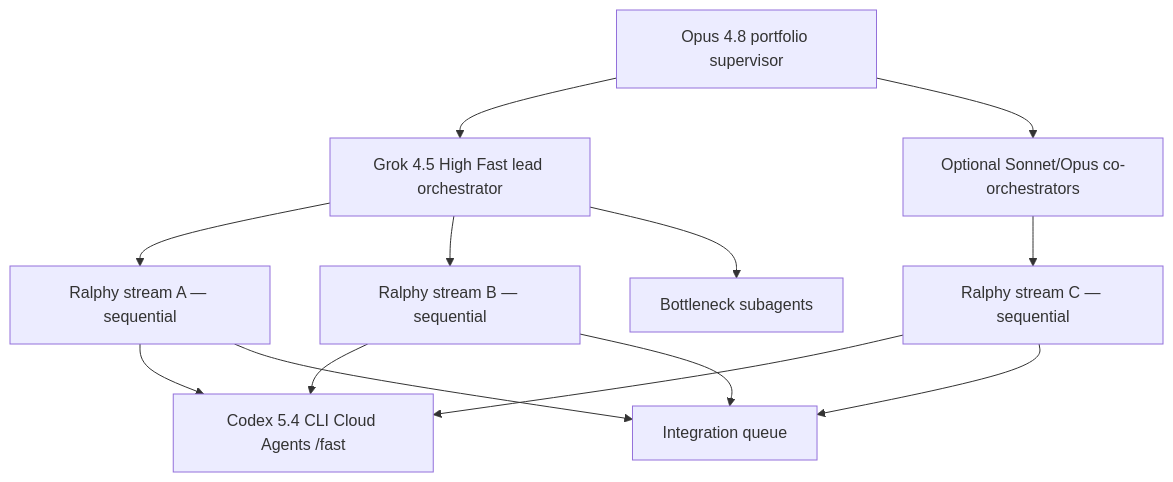
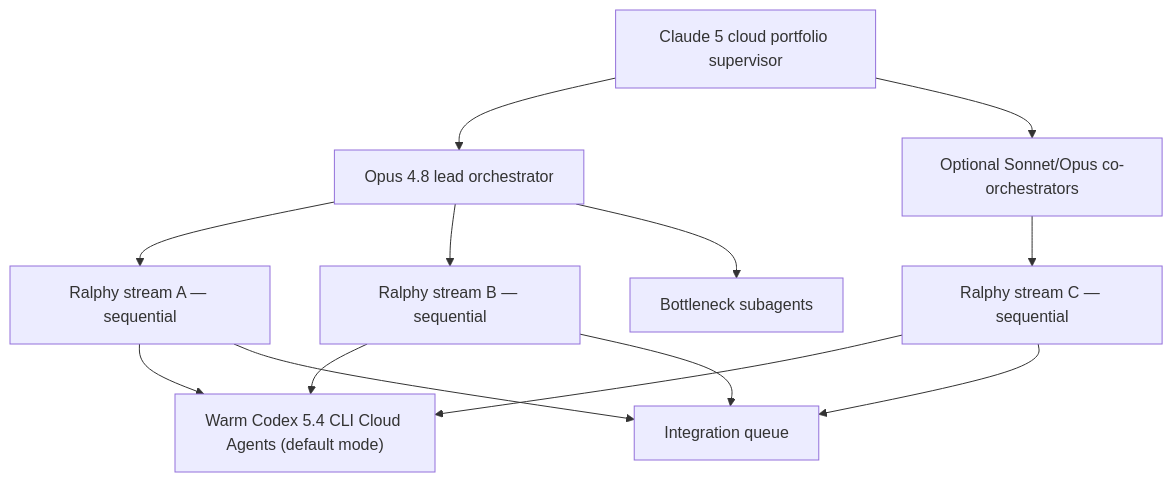
Before and after one commit to nathanielecon/ContinuityOps: the first of 2 diagrams in docs/planning/RALPHY_ORCHESTRATION.md, drawn with Mermaid. The commit also changed other lines of this file and 4 other files, not shown here.

````diff
--- a/docs/planning/RALPHY_ORCHESTRATION.md
+++ b/docs/planning/RALPHY_ORCHESTRATION.md
@@ -48,15 +48,15 @@
 ```mermaid
 flowchart TD
-    O["Opus 4.8 portfolio supervisor"] --> L["Grok 4.5 High Fast lead orchestrator"]
+    O["Claude 5 cloud portfolio supervisor"] --> L["Opus 4.8 lead orchestrator"]
     O --> C["Optional Sonnet/Opus co-orchestrators"]
     L --> R1["Ralphy stream A — sequential"]
     L --> R2["Ralphy stream B — sequential"]
     C --> R3["Ralphy stream C — sequential"]
-    R1 --> X["Codex 5.4 CLI Cloud Agents /fast"]
+    R1 --> X["Warm Codex 5.4 CLI Cloud Agents (default mode)"]
     R2 --> X
     R3 --> X
     L --> B["Bottleneck subagents"]
     R1 --> Q["Integration queue"]
     R2 --> Q
     R3 --> Q
 ```
````
